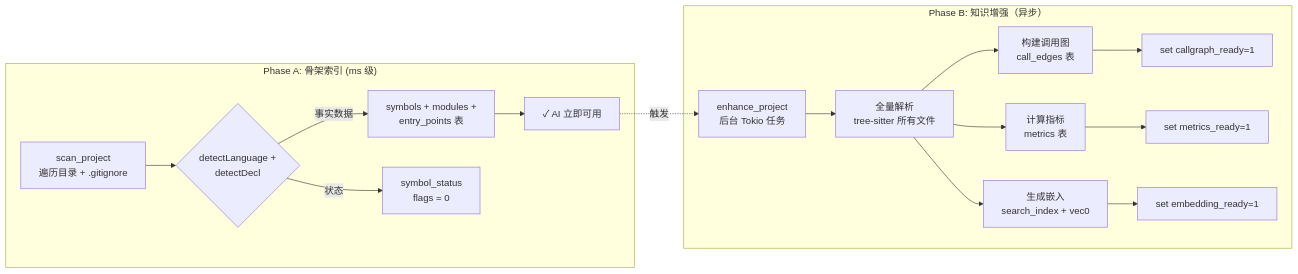
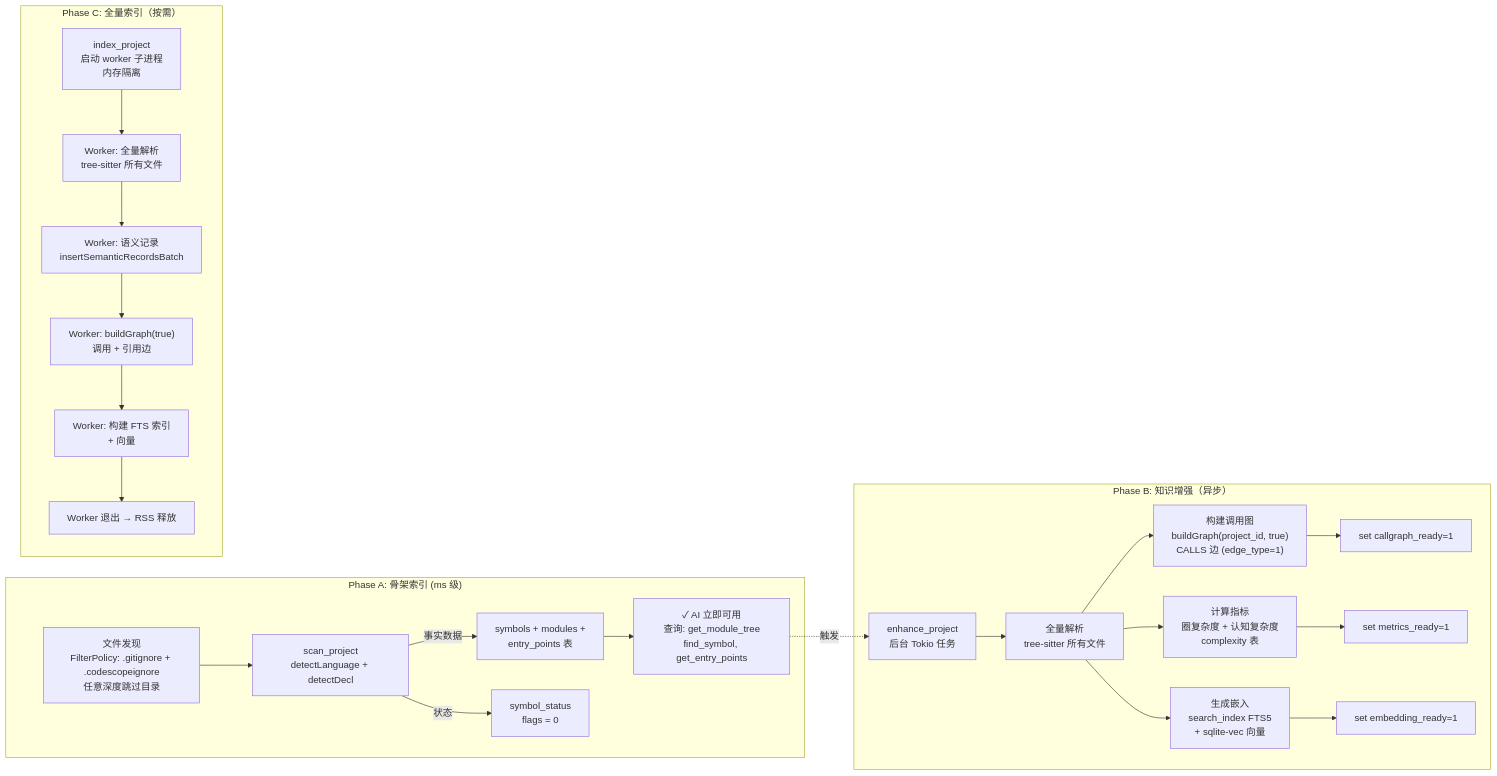
Before and after one commit to Timwood0x10/CodeScope: the second of 4 diagrams in README_CN.md, drawn with Mermaid. The commit also changed other lines of this file and 14 other files, not shown here.

````diff
--- a/README_CN.md
+++ b/README_CN.md
@@ -50,21 +61,29 @@
 ```mermaid
 flowchart LR
     subgraph "Phase A: 骨架索引 (ms 级)"
-        A1["scan_project<br/>遍历目录 + .gitignore"] --> A2{"detectLanguage +<br/>detectDecl"}
-        A2 -->|"事实数据"| A3["symbols + modules +<br/>entry_points 表"]
-        A2 -->|"状态"| A4["symbol_status<br/>flags = 0"]
-        A3 --> A5["✓ AI 立即可用"]
+        A0["文件发现<br/>FilterPolicy: .gitignore + .codescopeignore<br/>任意深度跳过目录"] --> A1["scan_project<br/>detectLanguage + detectDecl"]
+        A1 -->|"事实数据"| A2["symbols + modules +<br/>entry_points 表"]
+        A1 -->|"状态"| A3["symbol_status<br/>flags = 0"]
+        A2 --> A4["✓ AI 立即可用<br/>查询: get_module_tree<br/>find_symbol, get_entry_points"]
     end
 
     subgraph "Phase B: 知识增强（异步）"
         B1["enhance_project<br/>后台 Tokio 任务"] --> B2["全量解析<br/>tree-sitter 所有文件"]
-        B2 --> B3["构建调用图<br/>call_edges 表"]
-        B2 --> B4["计算指标<br/>metrics 表"]
-        B2 --> B5["生成嵌入</br>search_index + vec0"]
+        B2 --> B3["构建调用图<br/>buildGraph(project_id, true)<br/>CALLS 边 (edge_type=1)"]
+        B2 --> B4["计算指标<br/>圈复杂度 + 认知复杂度<br/>complexity 表"]
+        B2 --> B5["生成嵌入<br/>search_index FTS5<br/>+ sqlite-vec 向量"]
         B3 --> B6["set callgraph_ready=1"]
         B4 --> B7["set metrics_ready=1"]
         B5 --> B8["set embedding_ready=1"]
     end
 
-    A5 -.->|"触发"| B1
+    subgraph "Phase C: 全量索引（按需）"
+        C1["index_project<br/>启动 worker 子进程<br/>内存隔离"] --> C2["Worker: 全量解析<br/>tree-sitter 所有文件"]
+        C2 --> C3["Worker: 语义记录<br/>insertSemanticRecordsBatch"]
+        C3 --> C4["Worker: buildGraph(true)<br/>调用 + 引用边"]
+        C4 --> C5["Worker: 构建 FTS 索引<br/>+ 向量"]
+        C5 --> C6["Worker 退出 → RSS 释放"]
+    end
+
+    A4 -.->|"触发"| B1
 ```
````
